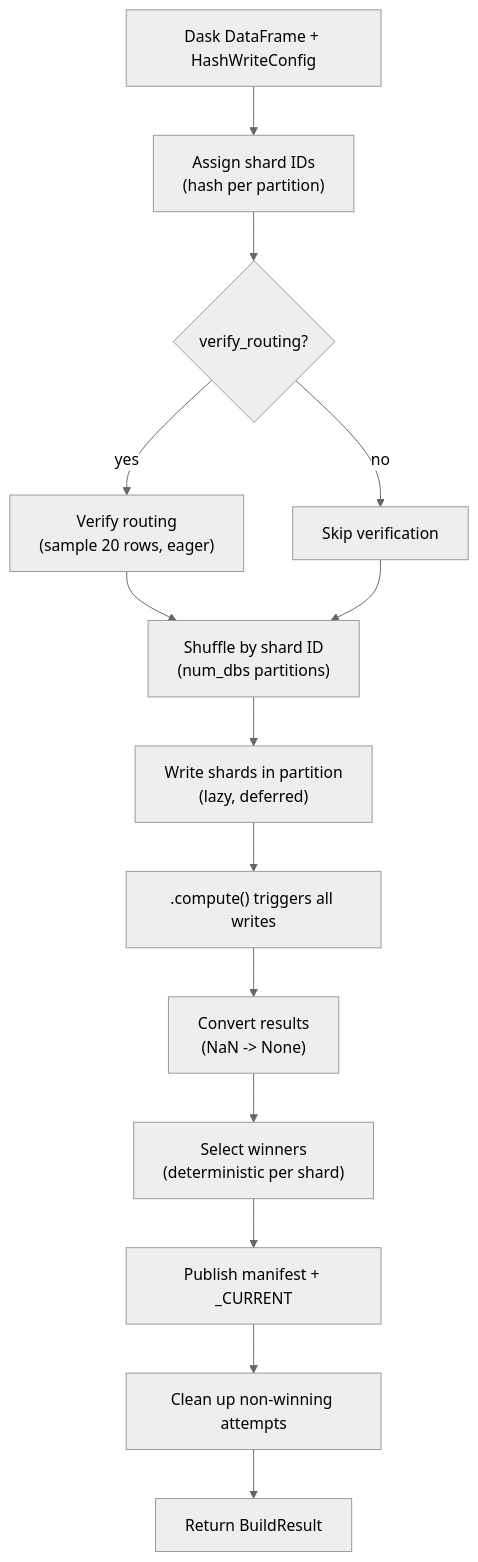
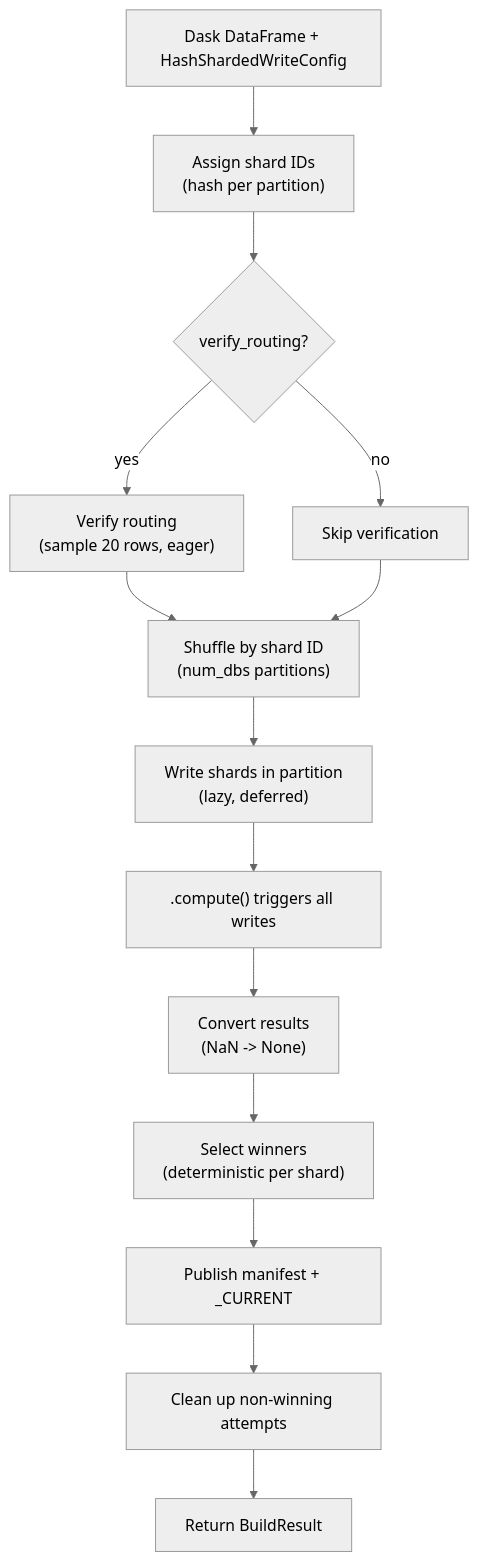
One commit to elkin/shardyfusion changed the diagram in docs/use-cases/kv-storage/build/dask.md. Above: the diagram before and after it, drawn with Mermaid (neutral theme). The commit also changed other lines of this file and 27 other files, not shown here.

````diff
--- a/docs/use-cases/kv-storage/build/dask.md
+++ b/docs/use-cases/kv-storage/build/dask.md
@@ -67,16 +69,16 @@
 ```mermaid
 flowchart TD
-    A[Dask DataFrame + HashWriteConfig] --> B["Assign shard IDs<br/>(hash per partition)"]
+    A[Dask DataFrame + HashShardedWriteConfig] --> B["Assign shard IDs<br/>(hash per partition)"]
     B --> C{"verify_routing?"}
     C -->|yes| D["Verify routing<br/>(sample 20 rows, eager)"]
     C -->|no| E[Skip verification]
     D --> F["Shuffle by shard ID<br/>(num_dbs partitions)"]
     E --> F
     F --> G["Write shards in partition<br/>(lazy, deferred)"]
     G --> H[".compute() triggers all writes"]
     H --> I["Convert results<br/>(NaN -> None)"]
     I --> J["Select winners<br/>(deterministic per shard)"]
     J --> K["Publish manifest + _CURRENT"]
     K --> L["Clean up non-winning attempts"]
     L --> M[Return BuildResult]
 ```
````
